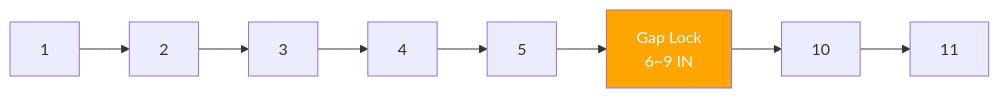
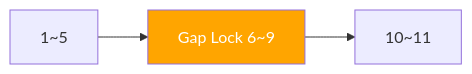
Before and after one commit to yjkim2015/yjkim2015.github.io: the third of 5 diagrams in _posts/db/2026-05-01-db-locks.md, drawn with Mermaid. The commit also changed other lines of this file and 163 other files, not shown here.

First line of the commit message:
Mermaid 300개 블록 내용 축소: 5노드 5엣지 이하, 의미 있는 약어

````diff
--- a/_posts/db/2026-05-01-db-locks.md
+++ b/_posts/db/2026-05-01-db-locks.md
@@ -67,5 +67,5 @@
 ```mermaid
 graph LR
-    R1[1] --> R2[2] --> R3[3] --> R4[4] --> R5[5] --> GAP["Gap Lock<br>6~9 IN"] --> R10[10] --> R11[11]
+    R1["1~5"] --> GAP["Gap Lock 6~9"] --> R10["10~11"]
     style GAP fill:#ffa500,color:#fff
 ```
````
